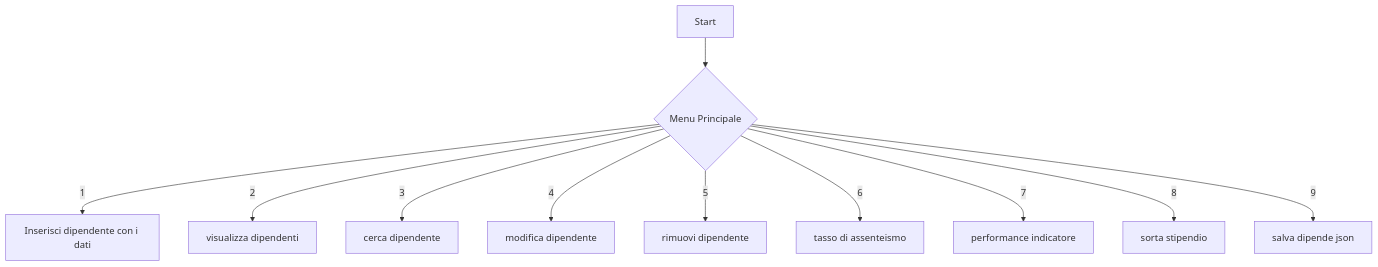
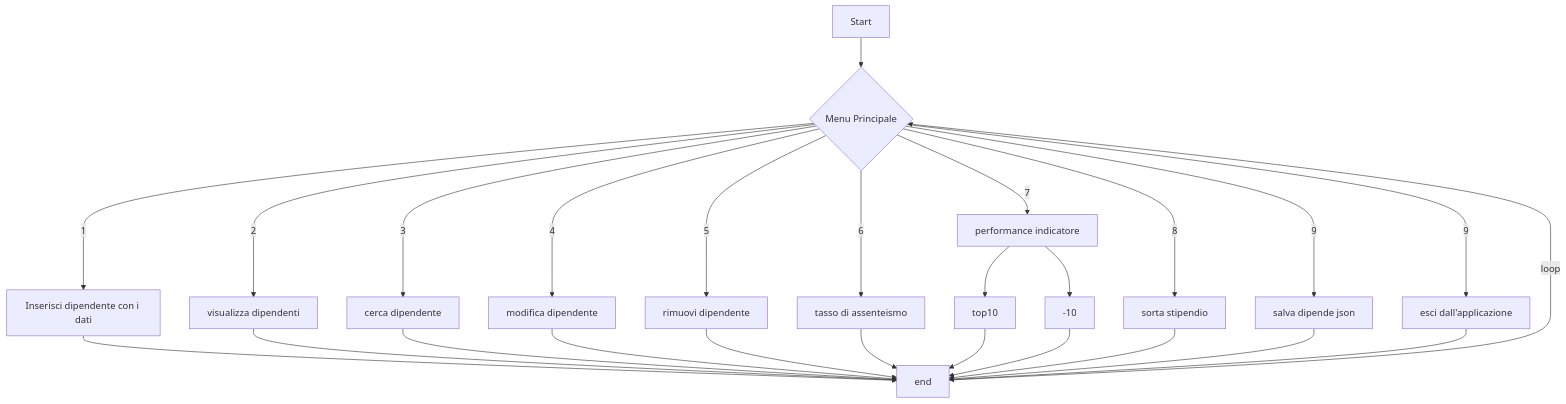
The second of 2 diagrams in Esercitazioni/Assignment-Gestionale-personale/README.md (Neomatrix0/dev1_2024), drawn with Mermaid before and after one commit. The commit also changed other lines of this file and 3 other files, not shown here.

Commit message:
cambiato funzione-modificaDipendente

````diff
--- a/Esercitazioni/Assignment-Gestionale-personale/README.md
+++ b/Esercitazioni/Assignment-Gestionale-personale/README.md
@@ -104,20 +104,23 @@
 ```mermaid
 
 
 
    flowchart TD
     A[Start] --> B{Menu Principale}
-    B -- 1 --> C[Inserisci dipendente con i dati]
-    B -- 2 --> D[visualizza dipendenti]
-    B -- 3 --> E[cerca dipendente]
-    B -- 4 --> F[modifica dipendente]
-    B -- 5 --> G[rimuovi dipendente]
-    B -- 6 --> H[tasso di assenteismo ]
-    B -- 7 --> I[performance indicatore]
-    B -- 8 --> L[sorta stipendio]
-    B -- 9 --> M[salva dipende json]
+    B -- 1 --> C[Inserisci dipendente con i dati] --> Z
+    B -- 2 --> D[visualizza dipendenti] --> Z
+    B -- 3 --> E[cerca dipendente] --> Z
+    B -- 4 --> F[modifica dipendente] --> Z
+    B -- 5 --> G[rimuovi dipendente] --> Z
+    B -- 6 --> H[tasso di assenteismo ] --> Z
+    B -- 7 --> I[performance indicatore] --> O[top10] & O1[-10] --> Z
+    B -- 8 --> L[sorta stipendio] --> Z
+    B -- 9 --> M[salva dipende json] --> Z
+    B -- 9 --> N[esci dall'applicazione] --> Z
+    Z[end] --loop --> B
+
     
    
 
    
 ```
````
